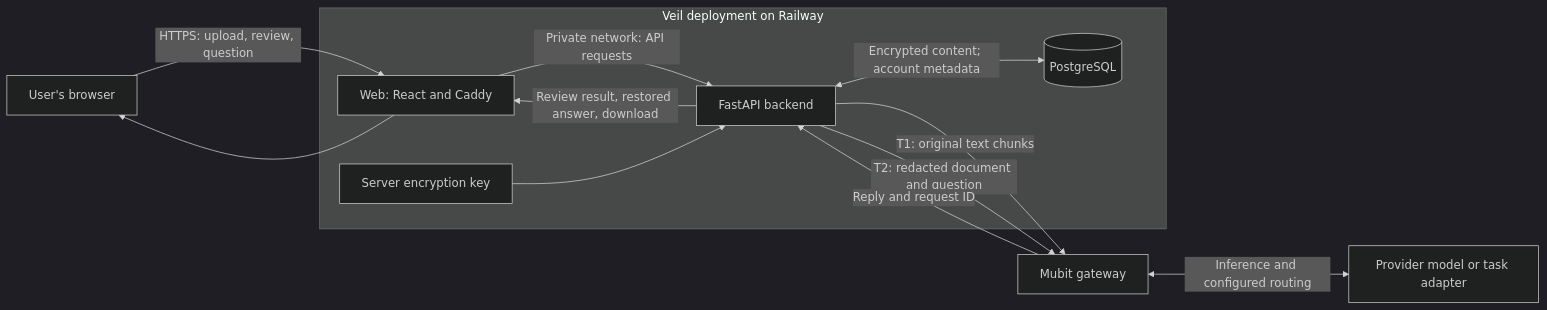
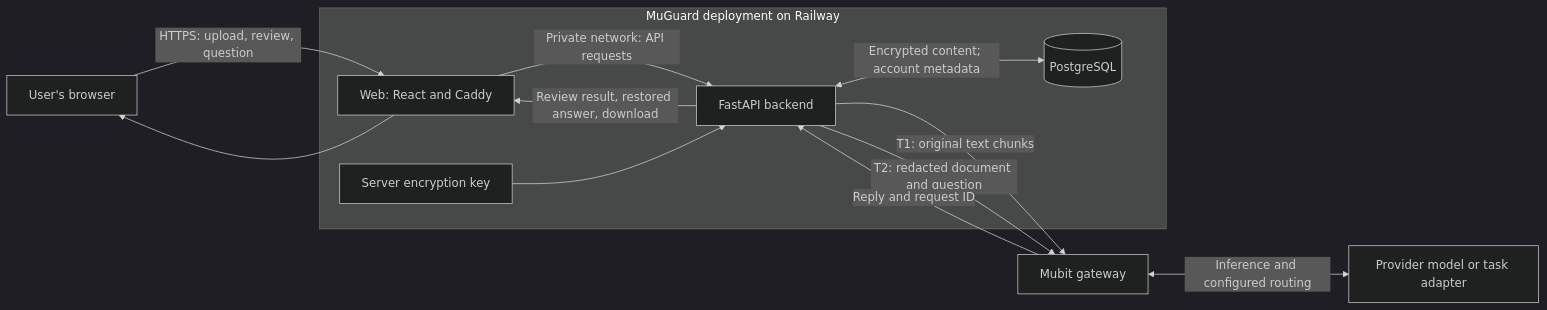
The first of 3 diagrams in docs/ARCHITECTURE.md (kolyamkl/night-shift), drawn with Mermaid (dark theme) before and after one commit. The commit also changed other lines of this file and 28 other files, not shown here.

First line of the commit message:
Rename the app to MuGuard; simple high-level diagrams in README

````diff
--- a/docs/ARCHITECTURE.md
+++ b/docs/ARCHITECTURE.md
@@ -12,15 +12,15 @@
 ```mermaid
 flowchart LR
     U["User's browser"] -->|"HTTPS: upload, review, question"| W["Web: React and Caddy"]
-    subgraph V["Veil deployment on Railway"]
+    subgraph V["MuGuard deployment on Railway"]
         W -->|"Private network: API requests"| B["FastAPI backend"]
         B <-->|"Encrypted content; account metadata"| D[("PostgreSQL")]
         K["Server encryption key"] --> B
     end
     B -->|"T1: original text chunks"| M["Mubit gateway"]
     B -->|"T2: redacted document and question"| M
     M <-->|"Inference and configured routing"| P["Provider model or task adapter"]
     M -->|"Reply and request ID"| B
     B -->|"Review result, restored answer, download"| W
     W --> U
 ```
````
